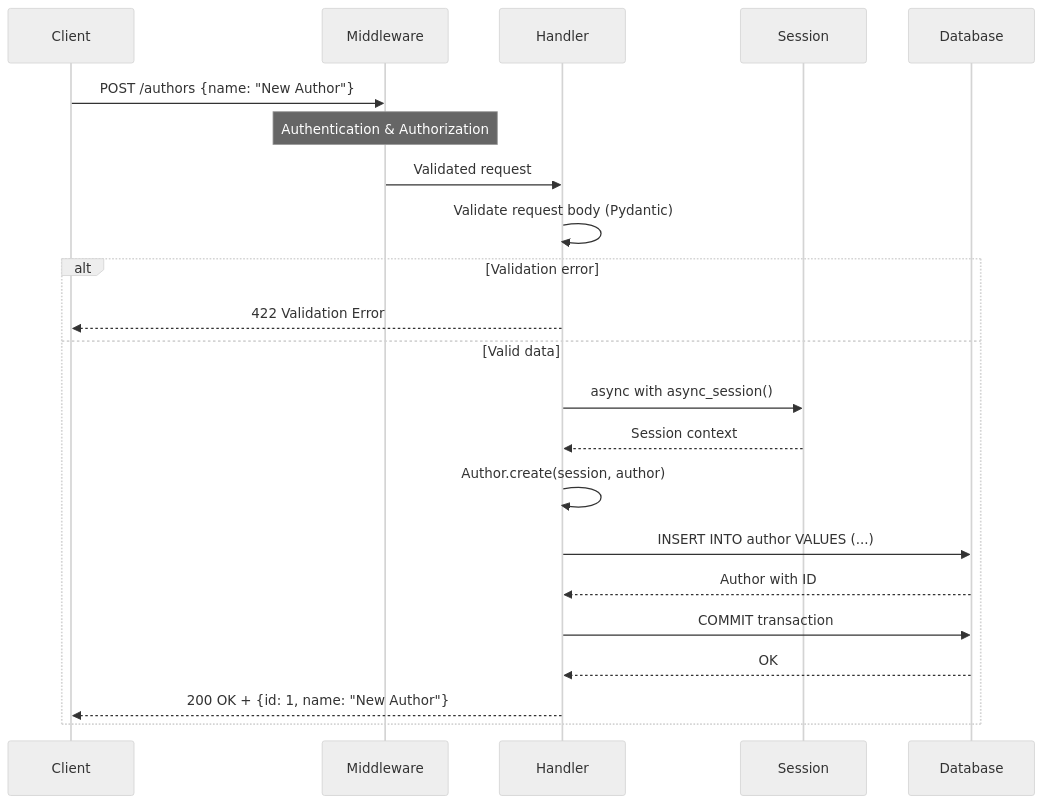
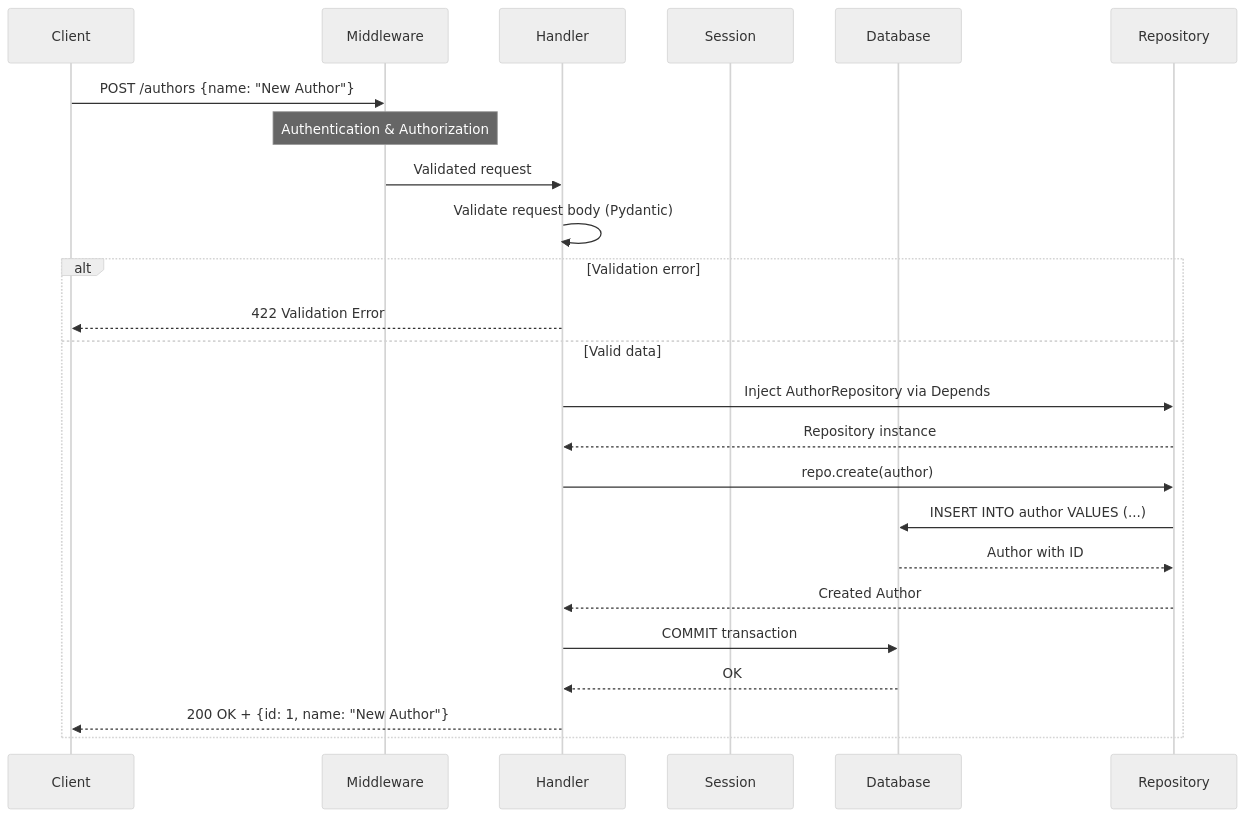
The fourth of 12 diagrams in docs_site/architecture/request-flow.md (acikabubo/fastapi-http-websocket), drawn with Mermaid (neutral theme) before and after one commit. The commit also changed 4 other files, not shown here.

````diff
--- a/docs_site/architecture/request-flow.md
+++ b/docs_site/architecture/request-flow.md
@@ -116,30 +116,31 @@
 ```mermaid
 sequenceDiagram
     participant Client
     participant Middleware
     participant Handler
     participant Session
     participant Database
 
     Client->>Middleware: POST /authors {name: "New Author"}
     Note over Middleware: Authentication & Authorization
     Middleware->>Handler: Validated request
 
     Handler->>Handler: Validate request body (Pydantic)
 
     alt Validation error
         Handler-->>Client: 422 Validation Error
     else Valid data
-        Handler->>Session: async with async_session()
-        Session-->>Handler: Session context
+        Handler->>Repository: Inject AuthorRepository via Depends
+        Repository-->>Handler: Repository instance
 
-        Handler->>Handler: Author.create(session, author)
-        Handler->>Database: INSERT INTO author VALUES (...)
-        Database-->>Handler: Author with ID
+        Handler->>Repository: repo.create(author)
+        Repository->>Database: INSERT INTO author VALUES (...)
+        Database-->>Repository: Author with ID
+        Repository-->>Handler: Created Author
 
         Handler->>Database: COMMIT transaction
         Database-->>Handler: OK
 
         Handler-->>Client: 200 OK + {id: 1, name: "New Author"}
     end
 ```
````
